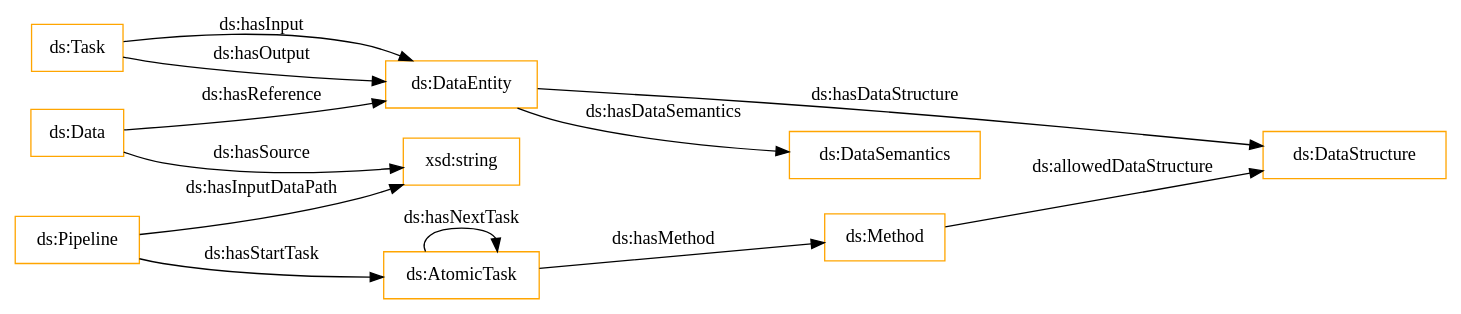
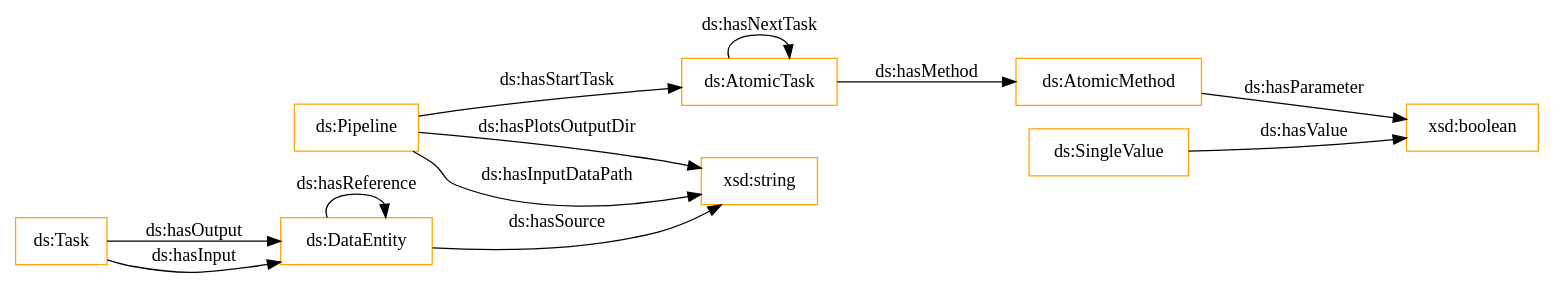
Before and after one commit to nsai-uio/ExeKGOntology: the diagram in OnToology/ds_exeKGOntology.ttl/diagrams/ar2dtool-class/ds_exeKGOntology.ttl.png.dot, drawn with Graphviz. The commit also changed 15 other files, not shown here.

```diff
--- a/OnToology/ds_exeKGOntology.ttl/diagrams/ar2dtool-class/ds_exeKGOntology.ttl.png.dot
+++ b/OnToology/ds_exeKGOntology.ttl/diagrams/ar2dtool-class/ds_exeKGOntology.ttl.png.dot
@@ -1,17 +1,17 @@
 digraph ar2dtool_diagram { 
 rankdir=LR;
 size="1501"
-node [shape = rectangle, color="orange"]; "ds:Data" "ds:Method" "ds:Pipeline" "ds:Task" "ds:DataSemantics" "ds:DataStructure" "ds:AtomicTask" "ds:DataEntity" ; /*classes style*/
-	"ds:DataEntity" -> "ds:DataSemantics" [ label = "ds:hasDataSemantics" ];
-	"ds:Data" -> "ds:DataEntity" [ label = "ds:hasReference" ];
+node [shape = rectangle, color="orange"]; "ds:Pipeline" "ds:Task" "ds:SingleValue" "ds:AtomicTask" "ds:DataEntity" "ds:AtomicMethod" ; /*classes style*/
+	"ds:SingleValue" -> "xsd:boolean" [ label = "ds:hasValue" ];
+	"ds:DataEntity" -> "ds:DataEntity" [ label = "ds:hasReference" ];
+	"ds:Pipeline" -> "xsd:string" [ label = "ds:hasPlotsOutputDir" ];
 	"ds:Task" -> "ds:DataEntity" [ label = "ds:hasOutput" ];
-	"ds:Data" -> "xsd:string" [ label = "ds:hasSource" ];
-	"ds:AtomicTask" -> "ds:Method" [ label = "ds:hasMethod" ];
+	"ds:DataEntity" -> "xsd:string" [ label = "ds:hasSource" ];
+	"ds:AtomicTask" -> "ds:AtomicMethod" [ label = "ds:hasMethod" ];
 	"ds:Task" -> "ds:DataEntity" [ label = "ds:hasInput" ];
-	"ds:Method" -> "ds:DataStructure" [ label = "ds:allowedDataStructure" ];
+	"ds:AtomicMethod" -> "xsd:boolean" [ label = "ds:hasParameter" ];
 	"ds:Pipeline" -> "xsd:string" [ label = "ds:hasInputDataPath" ];
 	"ds:AtomicTask" -> "ds:AtomicTask" [ label = "ds:hasNextTask" ];
-	"ds:DataEntity" -> "ds:DataStructure" [ label = "ds:hasDataStructure" ];
 	"ds:Pipeline" -> "ds:AtomicTask" [ label = "ds:hasStartTask" ];
 
 }
```
